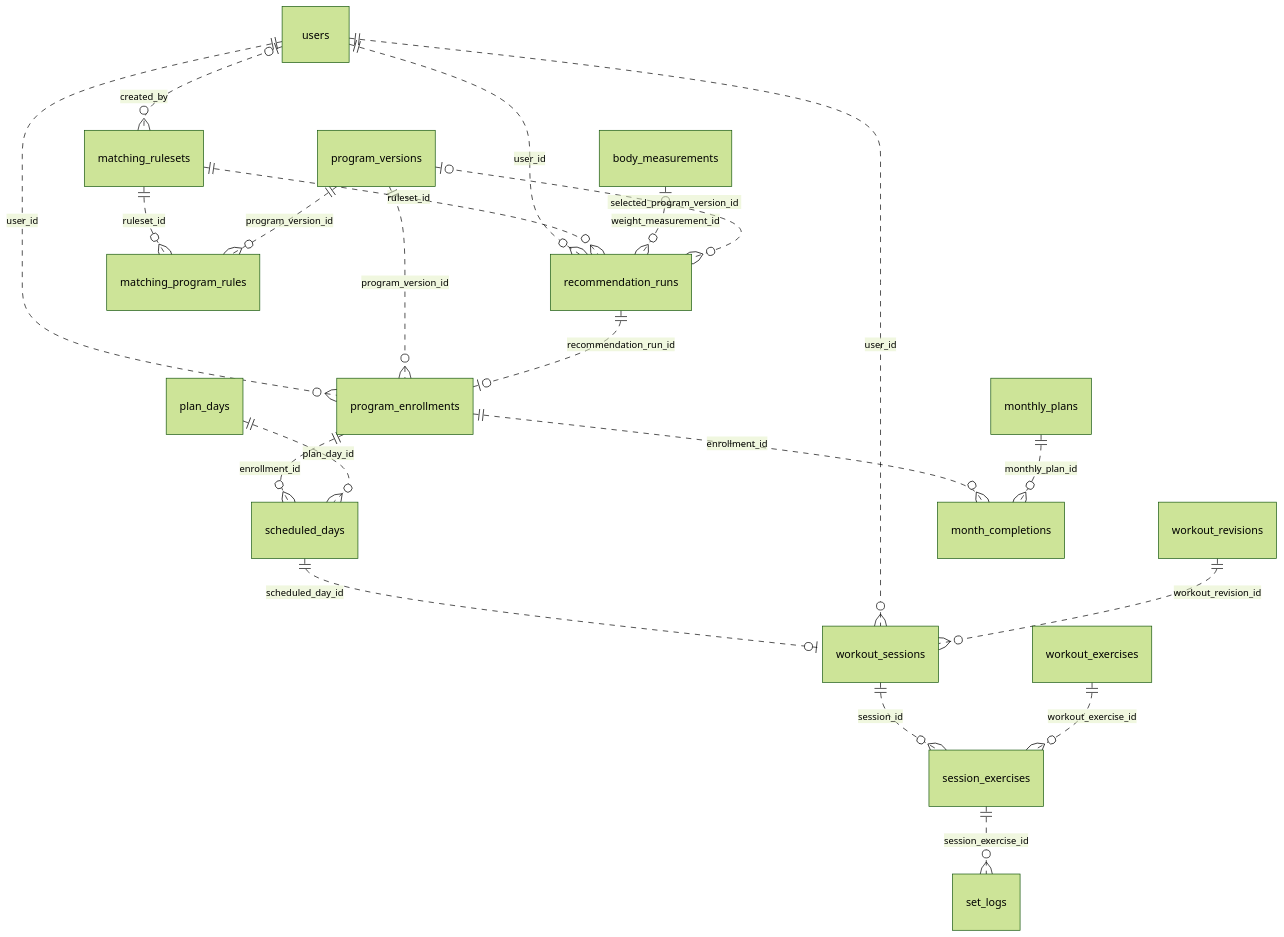
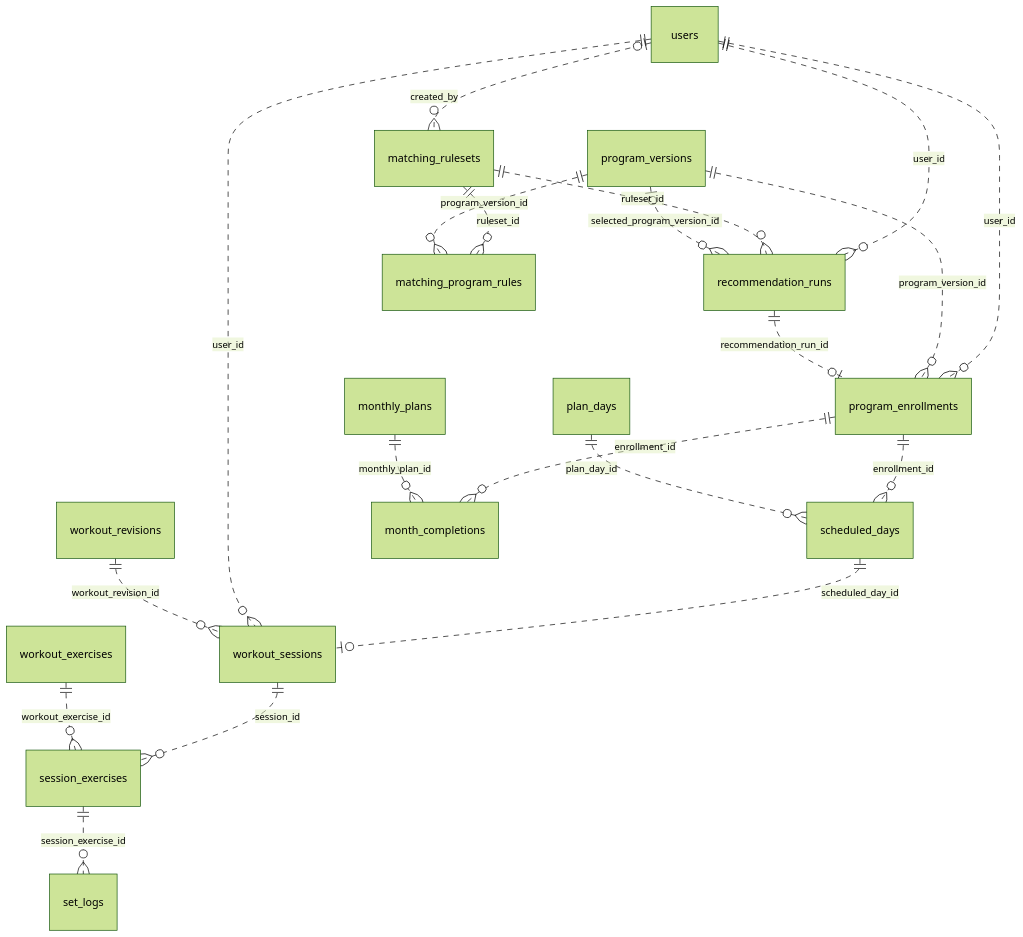
The third of 8 diagrams in Motion_Backend_Plan.md (MohamedHamdy2003/Motion-Fitness-Platform), drawn with Mermaid (forest theme) before and after one commit. The commit also changed other lines of this file and 10 other files, not shown here.

````diff
--- a/Motion_Backend_Plan.md
+++ b/Motion_Backend_Plan.md
@@ -315,23 +314,22 @@
 ```mermaid
 erDiagram
     users ||..o{ recommendation_runs : user_id
     users o|..o{ matching_rulesets : created_by
     matching_rulesets ||..o{ matching_program_rules : ruleset_id
     program_versions ||..o{ matching_program_rules : program_version_id
     matching_rulesets ||..o{ recommendation_runs : ruleset_id
-    body_measurements o|..o{ recommendation_runs : weight_measurement_id
     program_versions o|..o{ recommendation_runs : selected_program_version_id
     users ||..o{ program_enrollments : user_id
     program_versions ||..o{ program_enrollments : program_version_id
     recommendation_runs ||..o| program_enrollments : recommendation_run_id
     program_enrollments ||..o{ scheduled_days : enrollment_id
     plan_days ||..o{ scheduled_days : plan_day_id
     scheduled_days ||..o| workout_sessions : scheduled_day_id
     users ||..o{ workout_sessions : user_id
     workout_revisions ||..o{ workout_sessions : workout_revision_id
     workout_sessions ||..o{ session_exercises : session_id
     workout_exercises ||..o{ session_exercises : workout_exercise_id
     session_exercises ||..o{ set_logs : session_exercise_id
     program_enrollments ||..o{ month_completions : enrollment_id
     monthly_plans ||..o{ month_completions : monthly_plan_id
 ```
````
